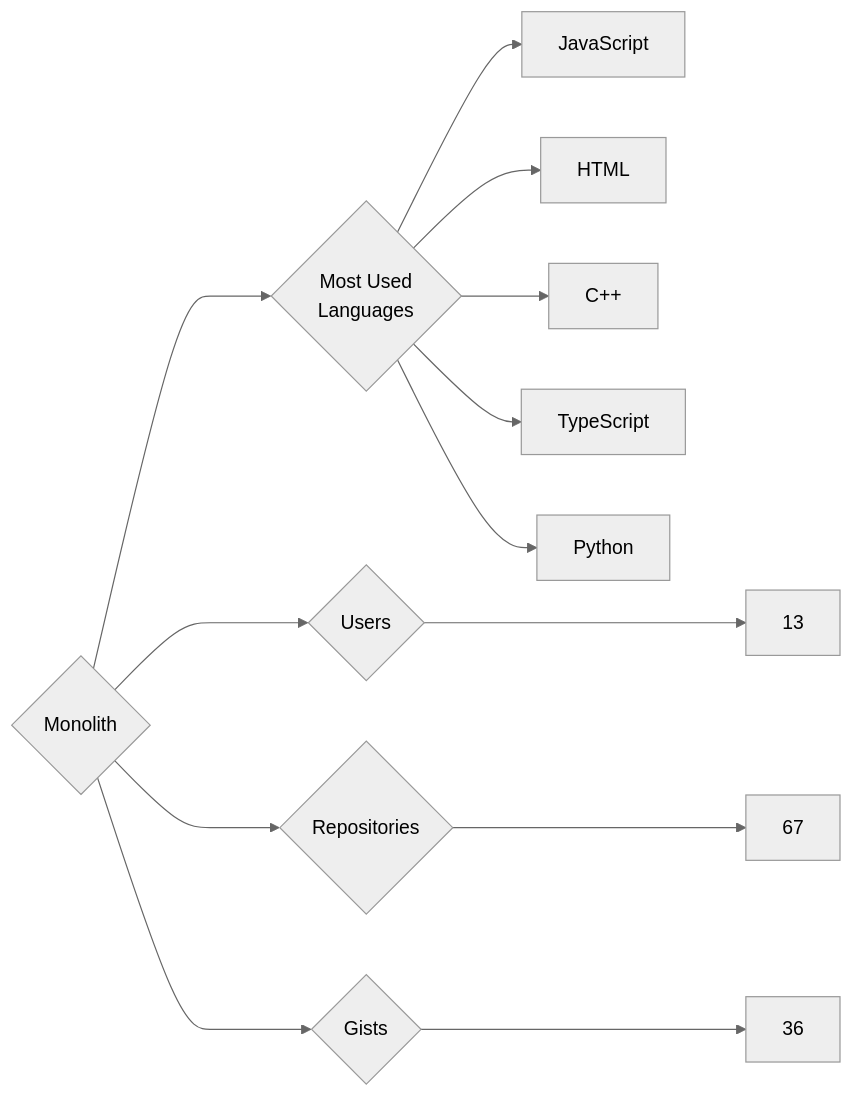
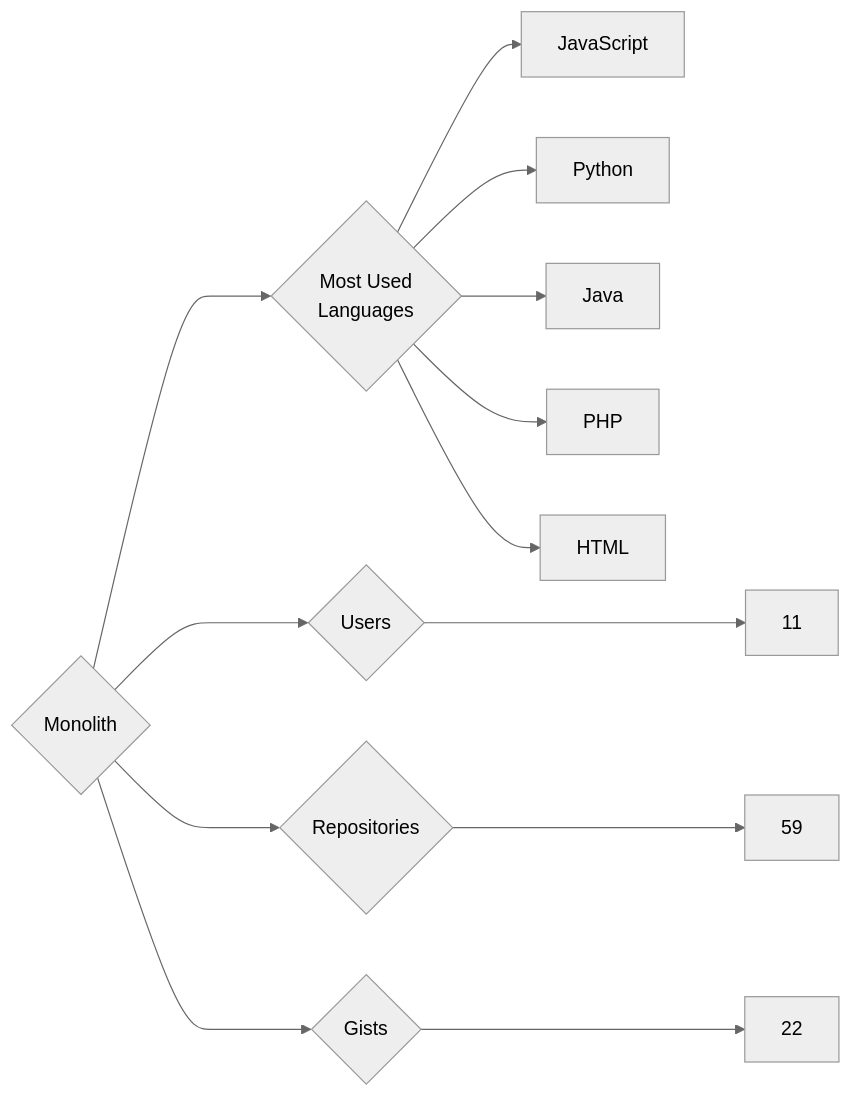
Before and after one commit to trickest/insiders: the diagram in targets/Monolith/README.md, drawn with Mermaid (neutral theme). The commit also changed 969 other files, not shown here.

````diff
--- a/targets/Monolith/README.md
+++ b/targets/Monolith/README.md
@@ -3,13 +3,13 @@
 ```mermaid
 graph LR
 COMPANY_NAME{Monolith}
-COMPANY_NAME ---> U{Users} ---> UN[13]
-COMPANY_NAME ---> R{Repositories} ---> RN[67]
-COMPANY_NAME ---> G{Gists} ---> GN[36]
+COMPANY_NAME ---> U{Users} ---> UN[11]
+COMPANY_NAME ---> R{Repositories} ---> RN[59]
+COMPANY_NAME ---> G{Gists} ---> GN[22]
 COMPANY_NAME ---> ML{Most Used<br>Languages}
 ML --> JavaScript[JavaScript]
+ML --> Python[Python]
+ML --> Java[Java]
+ML --> PHP[PHP]
 ML --> HTML[HTML]
-ML --> C++[C++]
-ML --> TypeScript[TypeScript]
-ML --> Python[Python]
 ```
````
